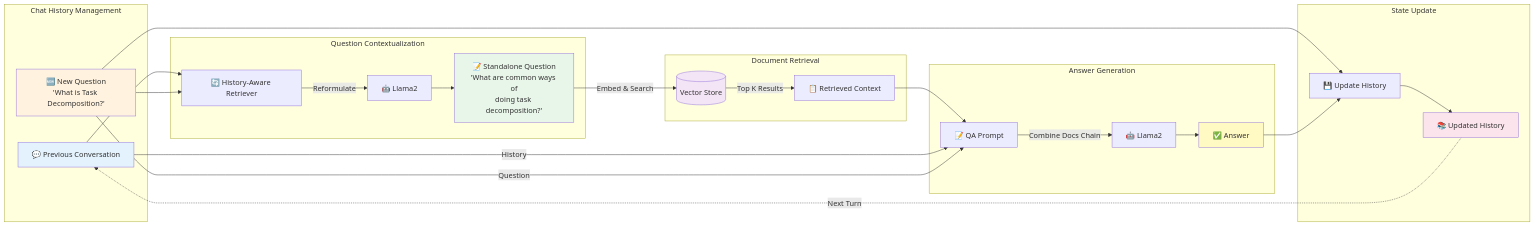
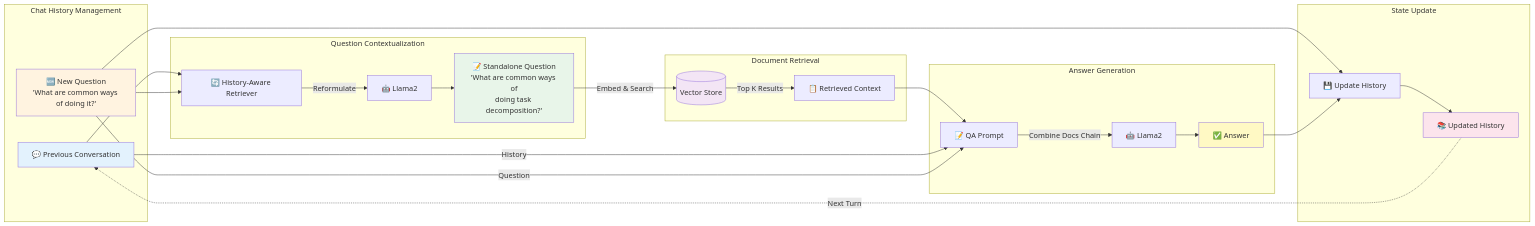
Before and after one commit to roypr-ma/rag-demo: the second of 2 diagrams in README.md, drawn with Mermaid.

````diff
--- a/README.md
+++ b/README.md
@@ -190,42 +190,42 @@
 ```mermaid
 graph LR
     subgraph "Chat History Management"
         A[💬 Previous Conversation] 
-        B[🆕 New Question<br/>'What is Task Decomposition?']
+        B[🆕 New Question<br/>'What are common ways of doing it?']
     end
     
     subgraph "Question Contextualization"
         A --> C[🔄 History-Aware Retriever]
         B --> C
         C -->|Reformulate| D[🤖 Llama2]
         D --> E[📝 Standalone Question<br/>'What are common ways of<br/>doing task decomposition?']
     end
     
     subgraph "Document Retrieval"
         E -->|Embed & Search| F[(Vector Store)]
         F -->|Top K Results| G[📋 Retrieved Context]
     end
     
     subgraph "Answer Generation"
         G --> H[📝 QA Prompt]
         A -->|History| H
         B -->|Question| H
         H -->|Combine Docs Chain| I[🤖 Llama2]
         I --> J[✅ Answer]
     end
     
     subgraph "State Update"
         B --> K[💾 Update History]
         J --> K
         K --> L[📚 Updated History]
     end
     
     L -.->|Next Turn| A
     
     style A fill:#e3f2fd
     style B fill:#fff3e0
     style E fill:#e8f5e9
     style F fill:#f3e5f5
     style J fill:#fff9c4
     style L fill:#fce4ec
 ```
````
